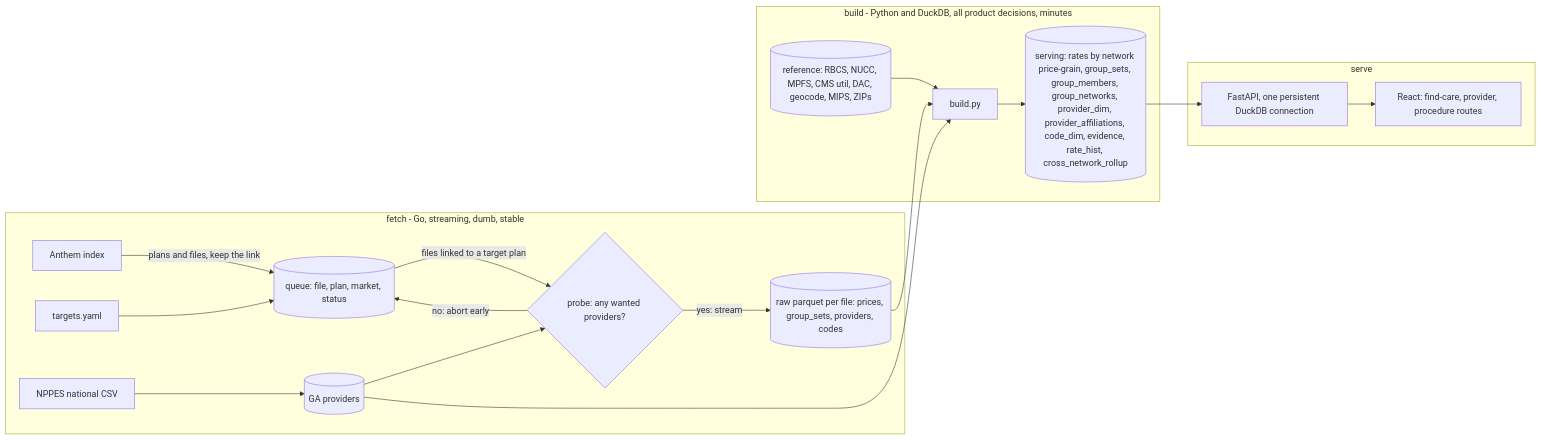
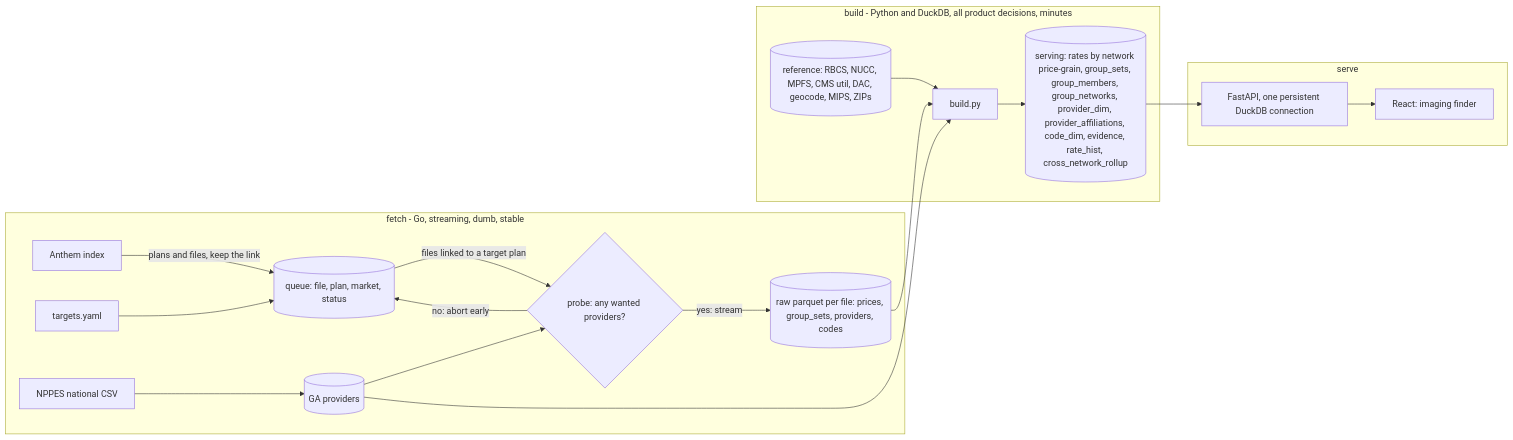
The first of 3 diagrams in docs/architecture.md (wmespi/honest-healthcare), drawn with Mermaid before and after one commit. The commit also changed 79 other files, not shown here.

First line of the commit message:
refactor: delete /find-care, /explore and what only they use (#138)

````diff
--- a/docs/architecture.md
+++ b/docs/architecture.md
@@ -33,22 +33,22 @@
 ```mermaid
 flowchart LR
   subgraph fetch [fetch - Go, streaming, dumb, stable]
     IDX[Anthem index] -->|"plans and files, keep the link"| Q[(queue: file, plan, market, status)]
     TGT[targets.yaml] --> Q
     Q -->|"files linked to a target plan"| PROBE{"probe: any wanted providers?"}
     PROBE -->|"no: abort early"| Q
     PROBE -->|"yes: stream"| RAW[(raw parquet per file: prices, group_sets, providers, codes)]
     NPPES[NPPES national CSV] --> GA[(GA providers)]
     GA --> PROBE
   end
   subgraph build [build - Python and DuckDB, all product decisions, minutes]
     RAW --> B[build.py]
     GA --> B
     REF[(reference: RBCS, NUCC, MPFS, CMS util, DAC, geocode, MIPS, ZIPs)] --> B
     B --> SRV[(serving: rates by network price-grain, group_sets, group_members, group_networks, provider_dim, provider_affiliations, code_dim, evidence, rate_hist, cross_network_rollup)]
   end
   subgraph serve [serve]
     SRV --> API[FastAPI, one persistent DuckDB connection]
-    API --> WEB[React: find-care, provider, procedure routes]
+    API --> WEB[React: imaging finder]
   end
 ```
````
